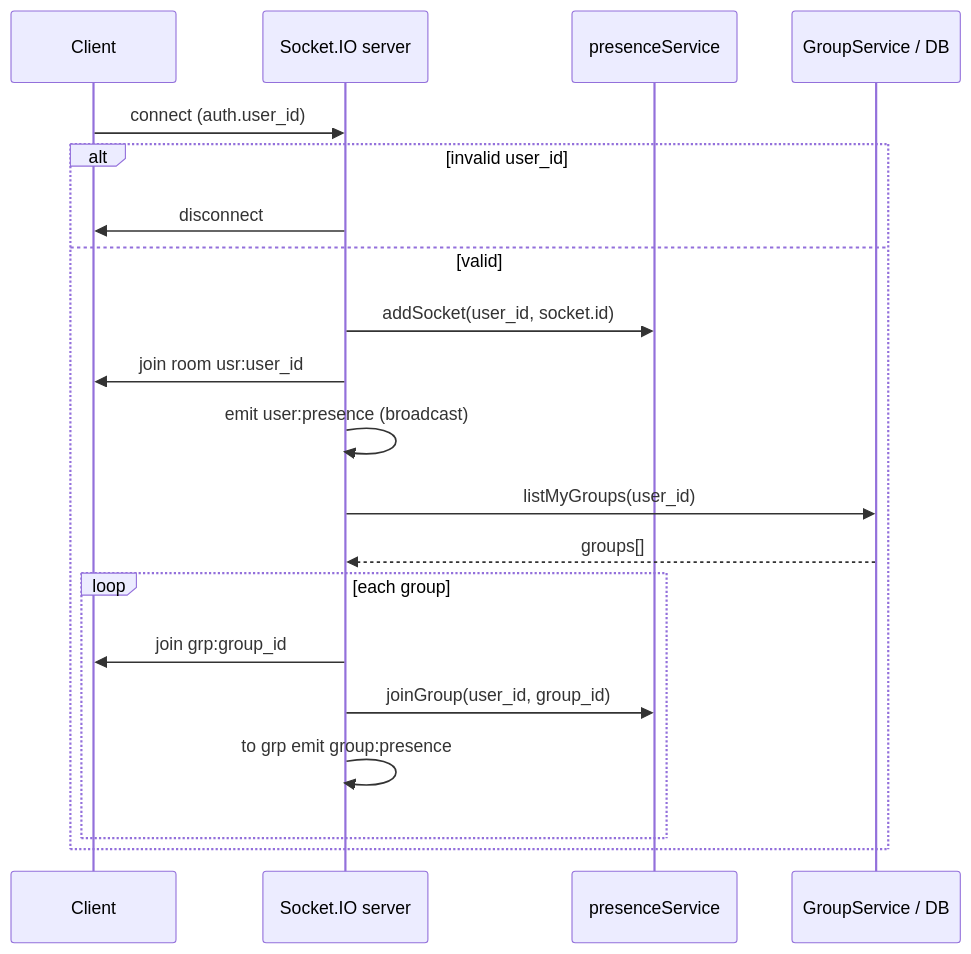
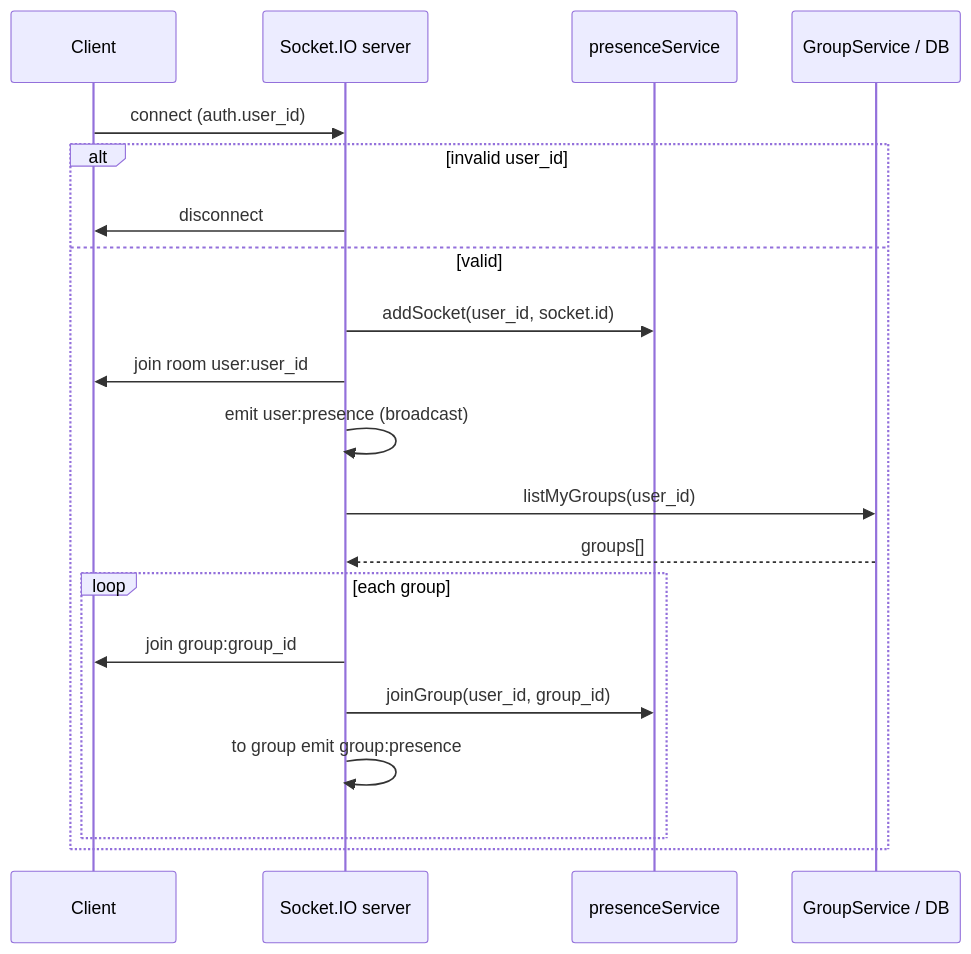
One commit to yashvenrakumar/chat-application changed the first of 2 diagrams in docs/LLD/Socket-IO-Client-Server.md. Above: the diagram before and after it, drawn with Mermaid. The commit also changed other lines of this file and 9 other files, not shown here.

````diff
--- a/docs/LLD/Socket-IO-Client-Server.md
+++ b/docs/LLD/Socket-IO-Client-Server.md
@@ -51,23 +51,23 @@
 ```mermaid
 sequenceDiagram
   participant C as Client
   participant IO as Socket.IO server
   participant PS as presenceService
   participant DB as GroupService / DB
 
   C->>IO: connect (auth.user_id)
   alt invalid user_id
     IO->>C: disconnect
   else valid
     IO->>PS: addSocket(user_id, socket.id)
-    IO->>C: join room usr:user_id
+    IO->>C: join room user:user_id
     IO->>IO: emit user:presence (broadcast)
     IO->>DB: listMyGroups(user_id)
     DB-->>IO: groups[]
     loop each group
-      IO->>C: join grp:group_id
+      IO->>C: join group:group_id
       IO->>PS: joinGroup(user_id, group_id)
-      IO->>IO: to grp emit group:presence
+      IO->>IO: to group emit group:presence
     end
   end
 ```
````
